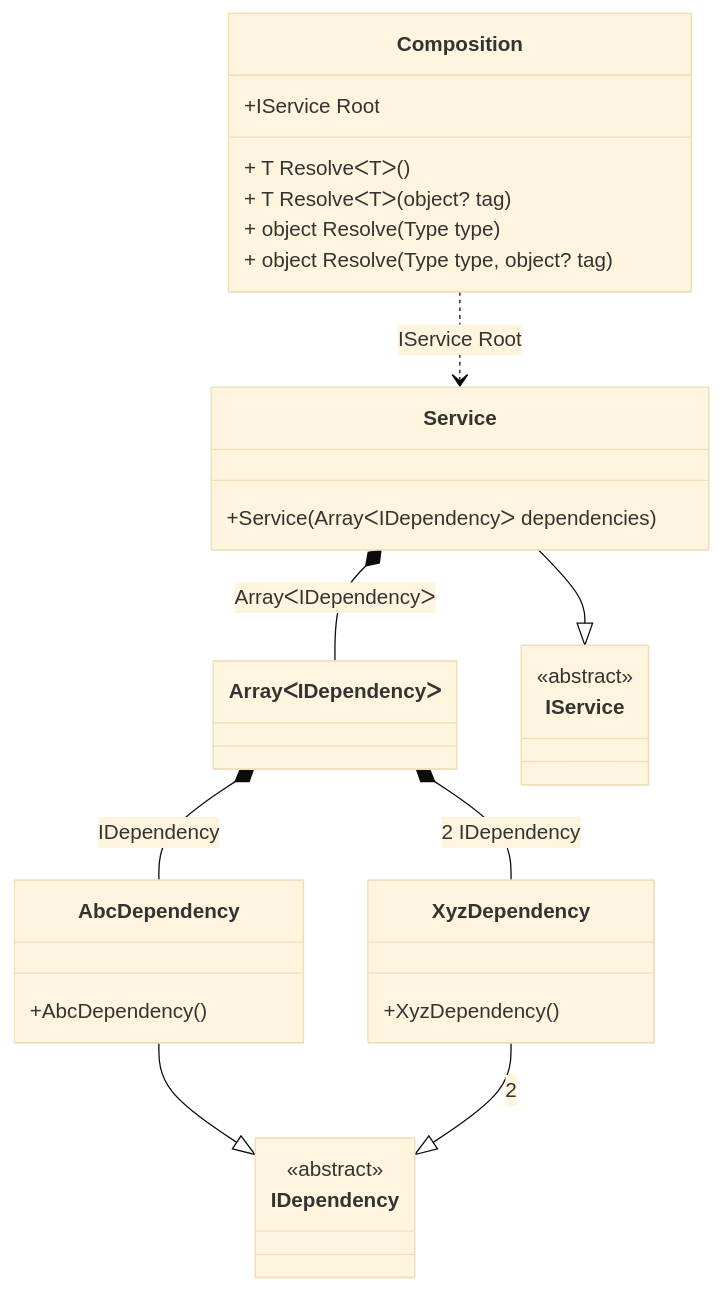
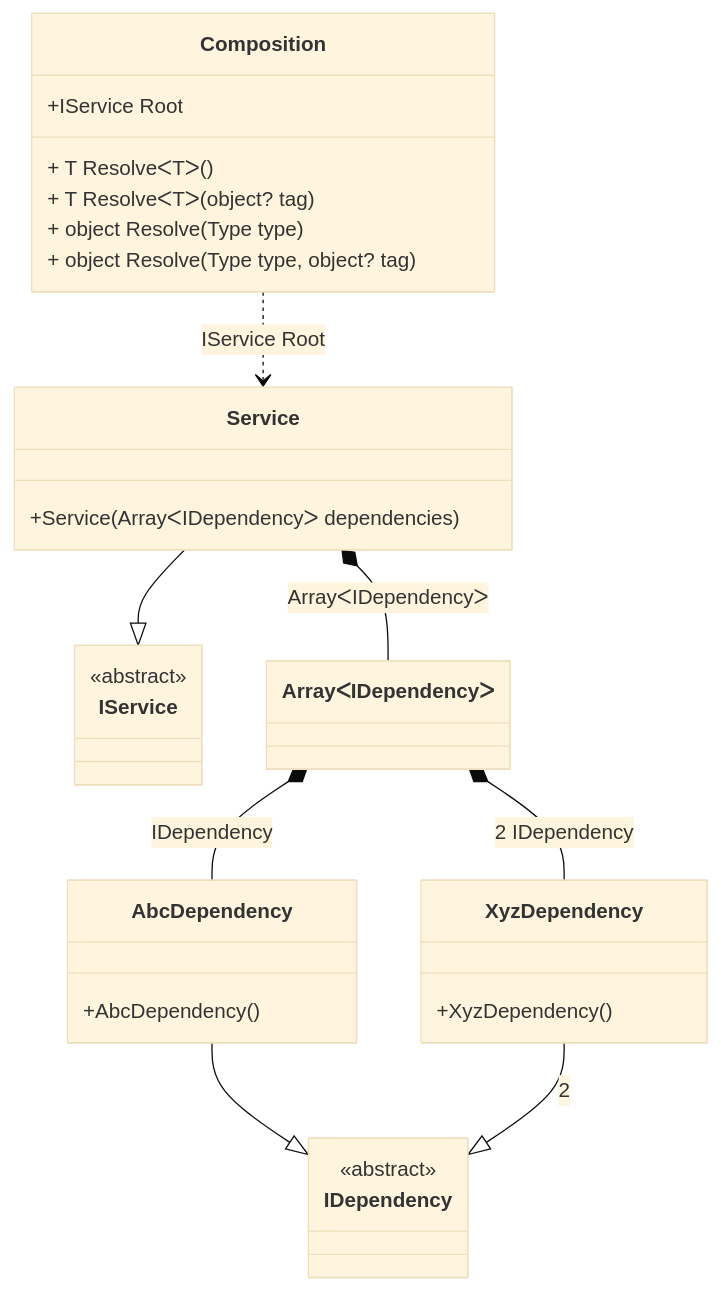
Before and after one commit to DevTeam/Pure.DI: the diagram in readme/array.md, drawn with Mermaid (base theme). The commit also changed other lines of this file and 103 other files, not shown here.

````diff
--- a/readme/array.md
+++ b/readme/array.md
@@ -68,33 +68,33 @@
 ```mermaid
 classDiagram
   class Composition {
     +IService Root
     + T ResolveᐸTᐳ()
     + T ResolveᐸTᐳ(object? tag)
     + object Resolve(Type type)
     + object Resolve(Type type, object? tag)
   }
-  class ArrayᐸIDependencyᐳ
   AbcDependency --|> IDependency : 
   class AbcDependency {
     +AbcDependency()
   }
   XyzDependency --|> IDependency : 2 
   class XyzDependency {
     +XyzDependency()
   }
   Service --|> IService : 
   class Service {
     +Service(ArrayᐸIDependencyᐳ dependencies)
   }
+  class ArrayᐸIDependencyᐳ
   class IDependency {
     <<abstract>>
   }
   class IService {
     <<abstract>>
   }
+  Service *--  ArrayᐸIDependencyᐳ : ArrayᐸIDependencyᐳ
+  Composition ..> Service : IService Root
   ArrayᐸIDependencyᐳ *--  AbcDependency : IDependency
   ArrayᐸIDependencyᐳ *--  XyzDependency : 2  IDependency
-  Service *--  ArrayᐸIDependencyᐳ : ArrayᐸIDependencyᐳ
-  Composition ..> Service : IService Root
 ```
````
